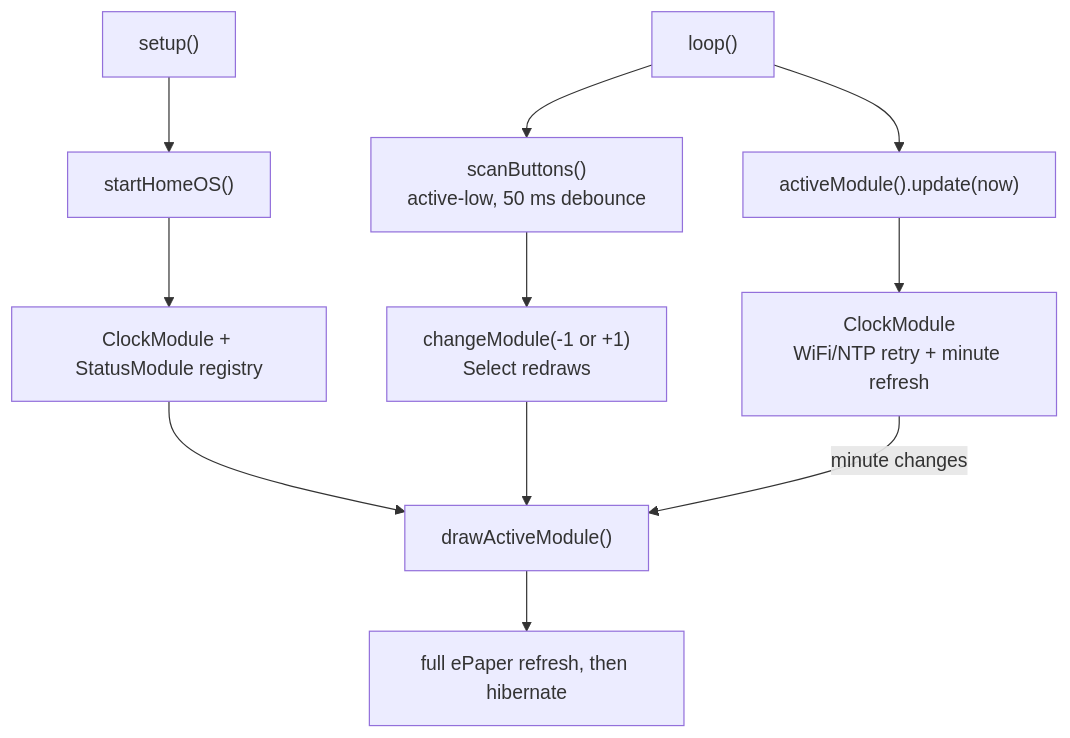
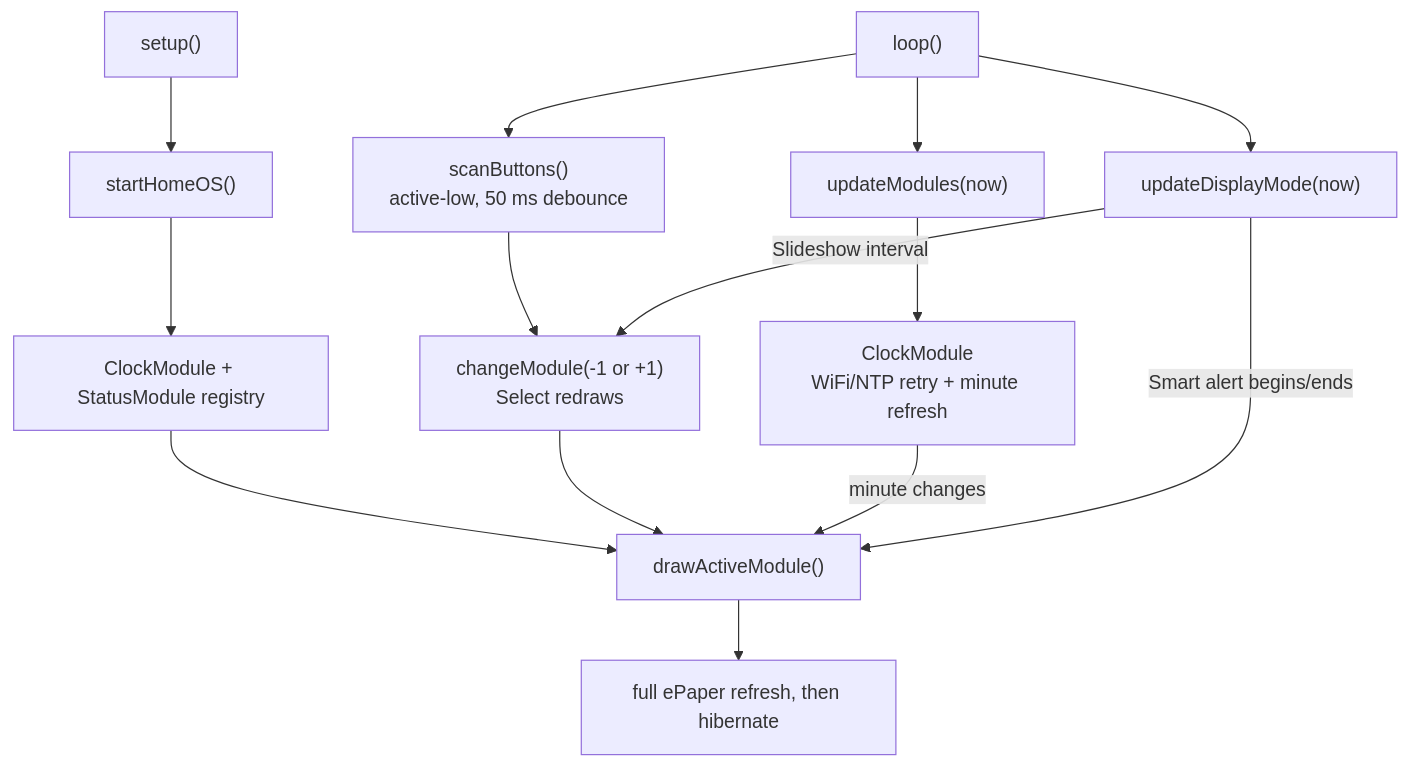
The diagram in docs/Code-Map.md (ibarot1981/HomeOS), drawn with Mermaid before and after one commit. The commit also changed other lines of this file and 10 other files, not shown here.

Commit message:
Add Version 0.5 display modes

````diff
--- a/docs/Code-Map.md
+++ b/docs/Code-Map.md
@@ -5,13 +5,16 @@
 ```mermaid
 flowchart TD
   Setup["setup()"] --> Start["startHomeOS()"]
   Start --> Registry["ClockModule + StatusModule registry"]
   Registry --> Draw["drawActiveModule()"]
   Loop["loop()"] --> Buttons["scanButtons()\nactive-low, 50 ms debounce"]
   Buttons --> Navigation["changeModule(-1 or +1)\nSelect redraws"]
   Navigation --> Draw
-  Loop --> Update["activeModule().update(now)"]
+  Loop --> Update["updateModules(now)"]
   Update --> Clock["ClockModule\nWiFi/NTP retry + minute refresh"]
   Clock -->|minute changes| Draw
+  Loop --> Modes["updateDisplayMode(now)"]
+  Modes -->|Slideshow interval| Navigation
+  Modes -->|Smart alert begins/ends| Draw
   Draw --> Display["full ePaper refresh, then hibernate"]
 ```
````
